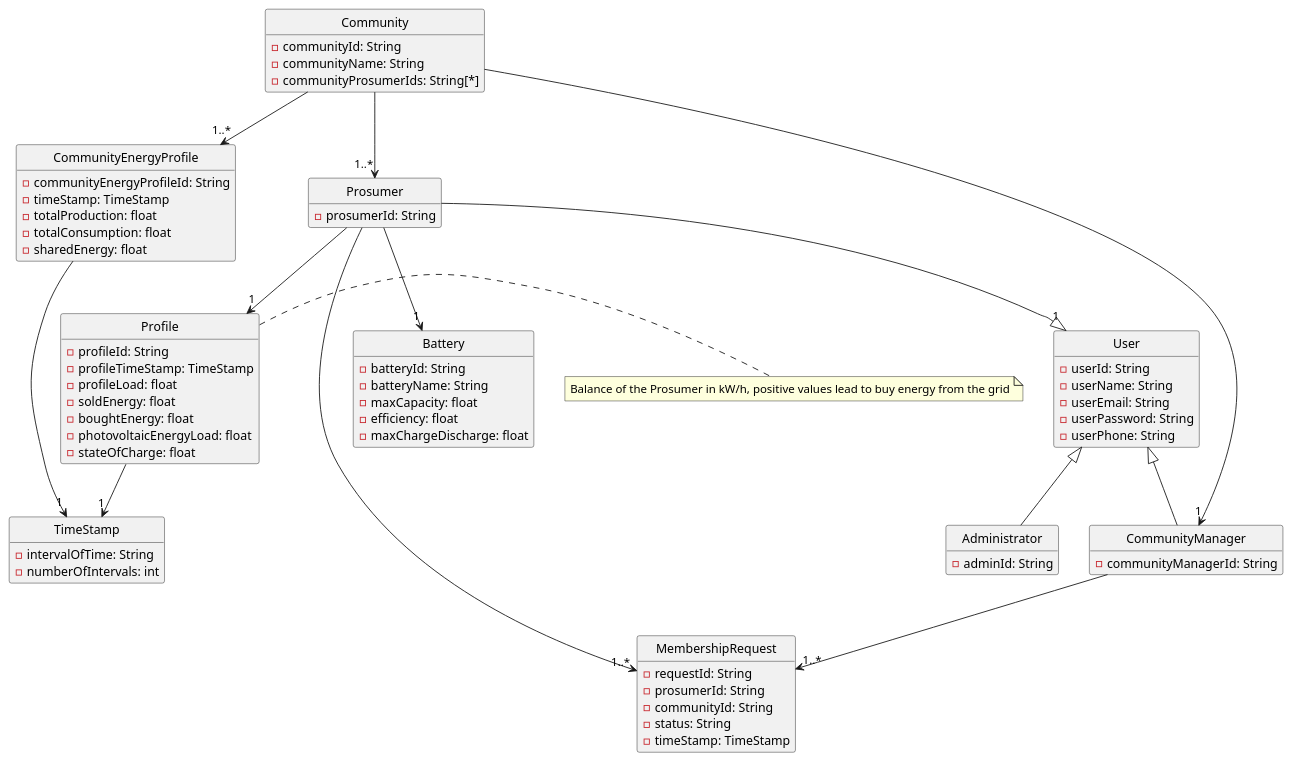
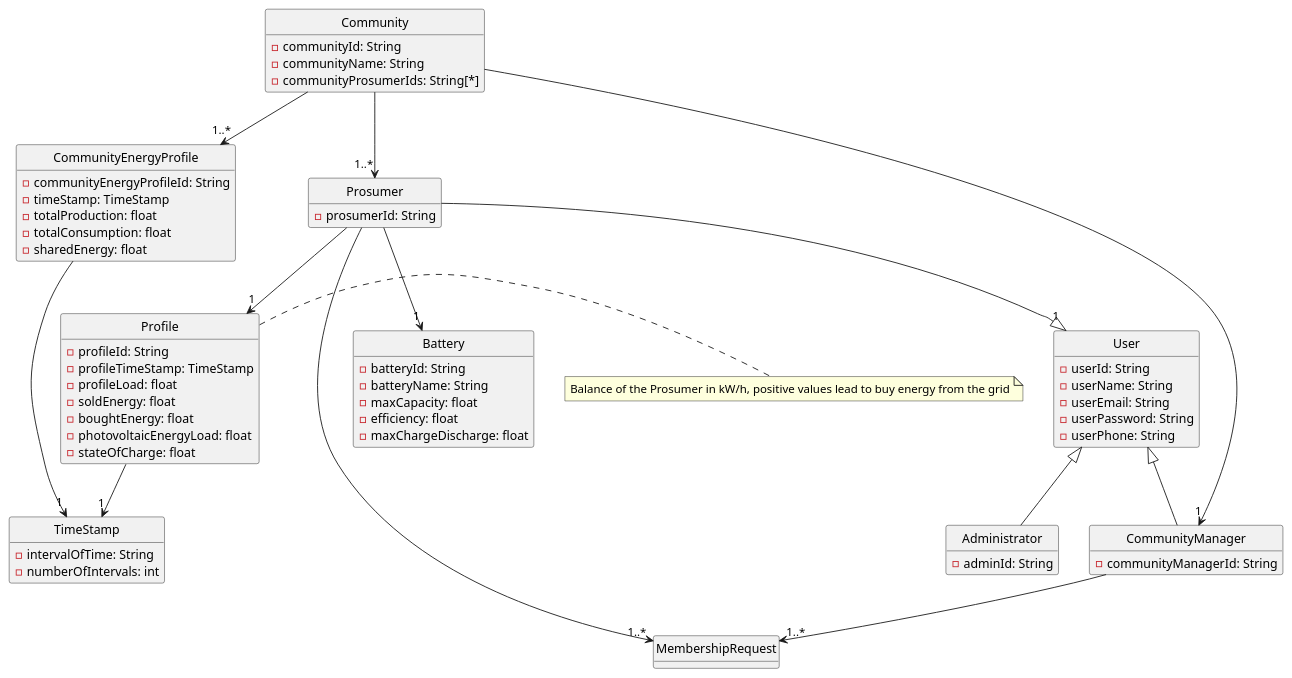
Before and after one commit to Phenriquerafael/EnergyComunitiesPlatform: diagram 17 of 26 in Documentation/README.md, drawn with PlantUML. The commit also changed other lines of this file and 39 other files, not shown here.

```diff
--- a/Documentation/README.md
+++ b/Documentation/README.md
@@ -1558,13 +1543,6 @@
   - communityProsumerIds: String[*]
 }
 
-class MembershipRequest {
-  - requestId: String
-  - prosumerId: String
-  - communityId: String
-  - status: String
-  - timeStamp: TimeStamp
-}
 
 class CommunityEnergyProfile {
   - communityEnergyProfileId: String
```
